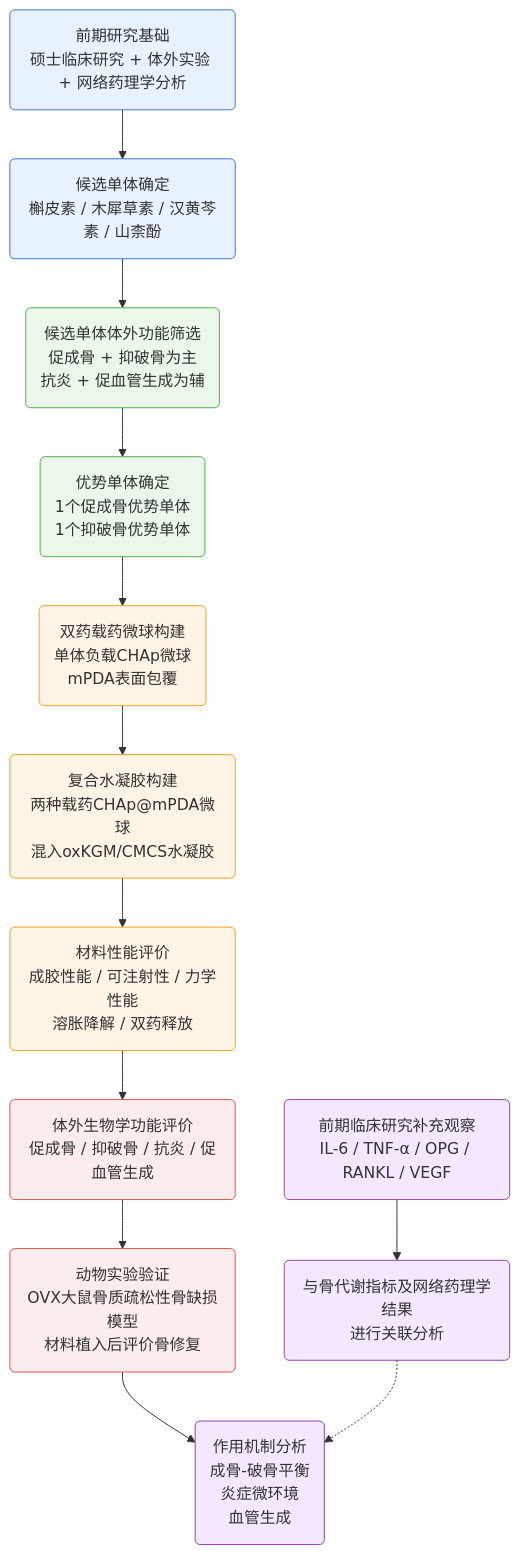
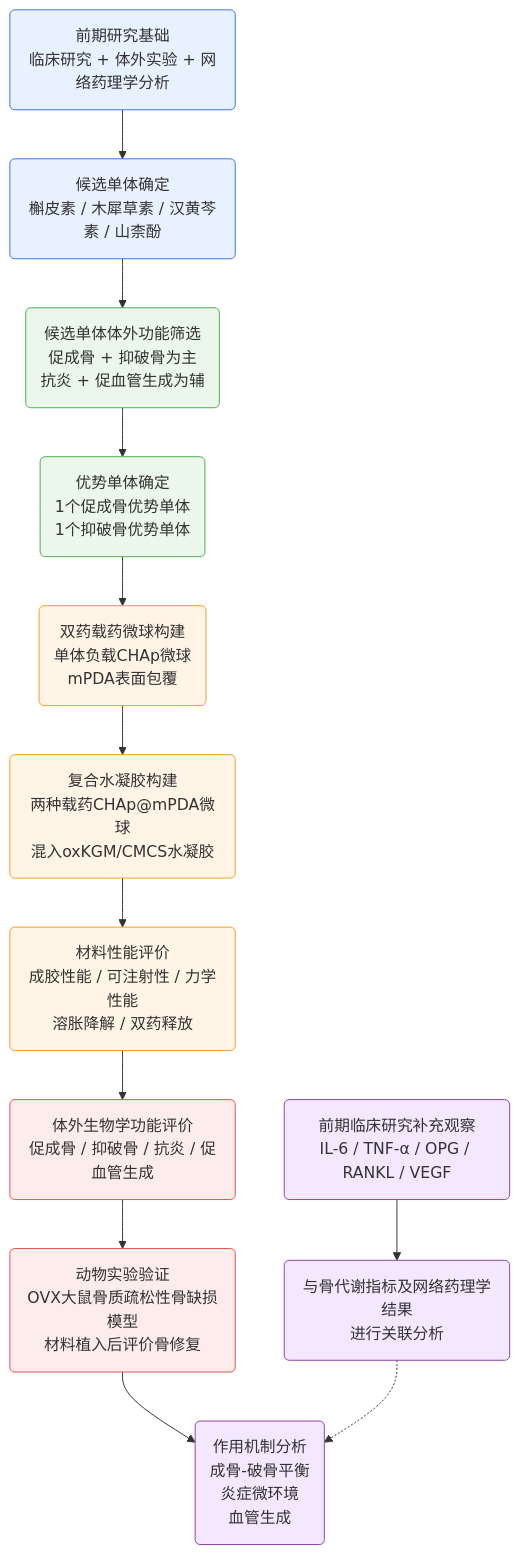
One commit to Yaotian99/iodraw-files changed the diagram in all/未命名.md. Above: the diagram before and after it, drawn with Mermaid.

Commit message:
2026-06-28 08:59:40 update

````diff
--- a/all/未命名.md
+++ b/all/未命名.md
@@ -1,39 +1,39 @@
 ```mermaid
 graph TD
 
-    A("前期研究基础<br/>硕士临床研究 + 体外实验 + 网络药理学分析") --> B("候选单体确定<br/>槲皮素 / 木犀草素 / 汉黄芩素 / 山柰酚")
+    A("前期研究基础<br/>临床研究 + 体外实验 + 网络药理学分析") --> B("候选单体确定<br/>槲皮素 / 木犀草素 / 汉黄芩素 / 山柰酚")
 
     B --> C("候选单体体外功能筛选<br/>促成骨 + 抑破骨为主<br/>抗炎 + 促血管生成为辅")
 
     C --> D("优势单体确定<br/>1个促成骨优势单体<br/>1个抑破骨优势单体")
 
     D --> E("双药载药微球构建<br/>单体负载CHAp微球<br/>mPDA表面包覆")
 
     E --> F("复合水凝胶构建<br/>两种载药CHAp@mPDA微球<br/>混入oxKGM/CMCS水凝胶")
 
     F --> G("材料性能评价<br/>成胶性能 / 可注射性 / 力学性能<br/>溶胀降解 / 双药释放")
 
     G --> H("体外生物学功能评价<br/>促成骨 / 抑破骨 / 抗炎 / 促血管生成")
 
     H --> I("动物实验验证<br/>OVX大鼠骨质疏松性骨缺损模型<br/>材料植入后评价骨修复")
 
     I --> J("作用机制分析<br/>成骨-破骨平衡<br/>炎症微环境<br/>血管生成")
 
     K("前期临床研究补充观察<br/>IL-6 / TNF-α / OPG / RANKL / VEGF") --> L("与骨代谢指标及网络药理学结果<br/>进行关联分析")
 
     L -.-> J
 
     style A fill:#E8F1FF,stroke:#3B73D9,stroke-width:1px
     style B fill:#E8F1FF,stroke:#3B73D9,stroke-width:1px
     style C fill:#EAF7EA,stroke:#4CAF50,stroke-width:1px
     style D fill:#EAF7EA,stroke:#4CAF50,stroke-width:1px
     style E fill:#FFF4E5,stroke:#F0A020,stroke-width:1px
     style F fill:#FFF4E5,stroke:#F0A020,stroke-width:1px
     style G fill:#FFF4E5,stroke:#F0A020,stroke-width:1px
     style H fill:#FDECEC,stroke:#D9534F,stroke-width:1px
     style I fill:#FDECEC,stroke:#D9534F,stroke-width:1px
     style J fill:#F3E8FF,stroke:#8E44AD,stroke-width:1px
     style K fill:#F3E8FF,stroke:#8E44AD,stroke-width:1px
     style L fill:#F3E8FF,stroke:#8E44AD,stroke-width:1px
   
 ```
````
